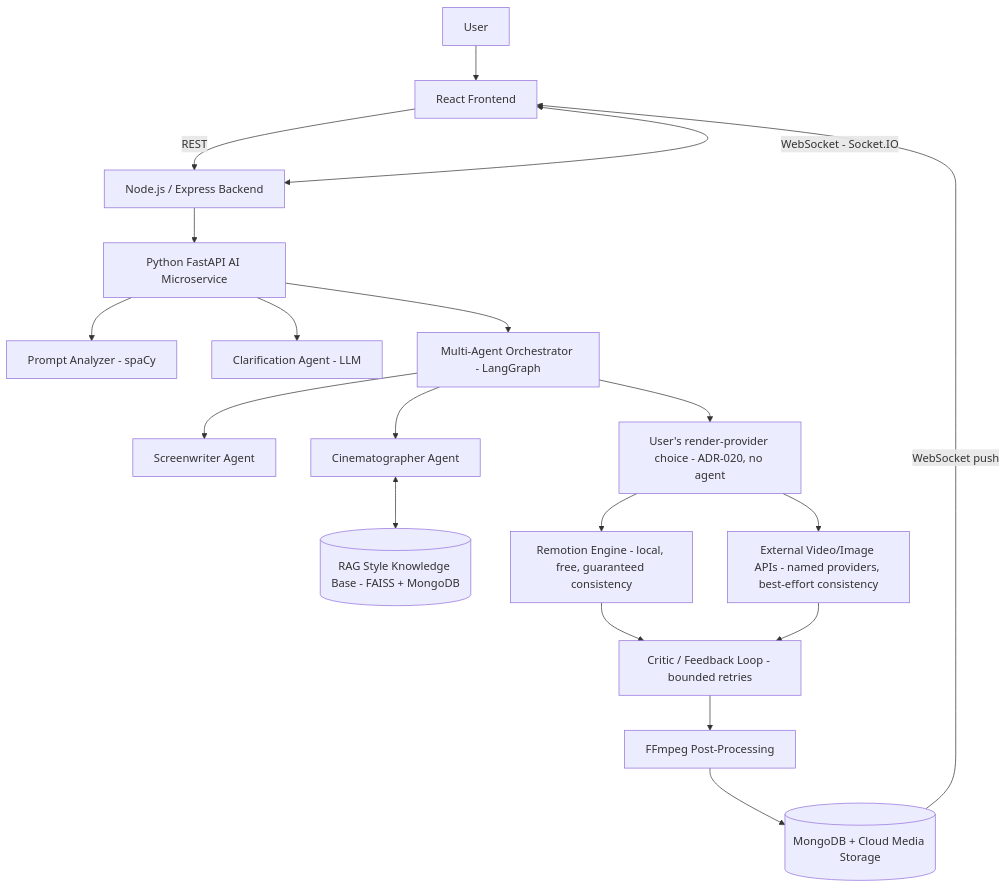
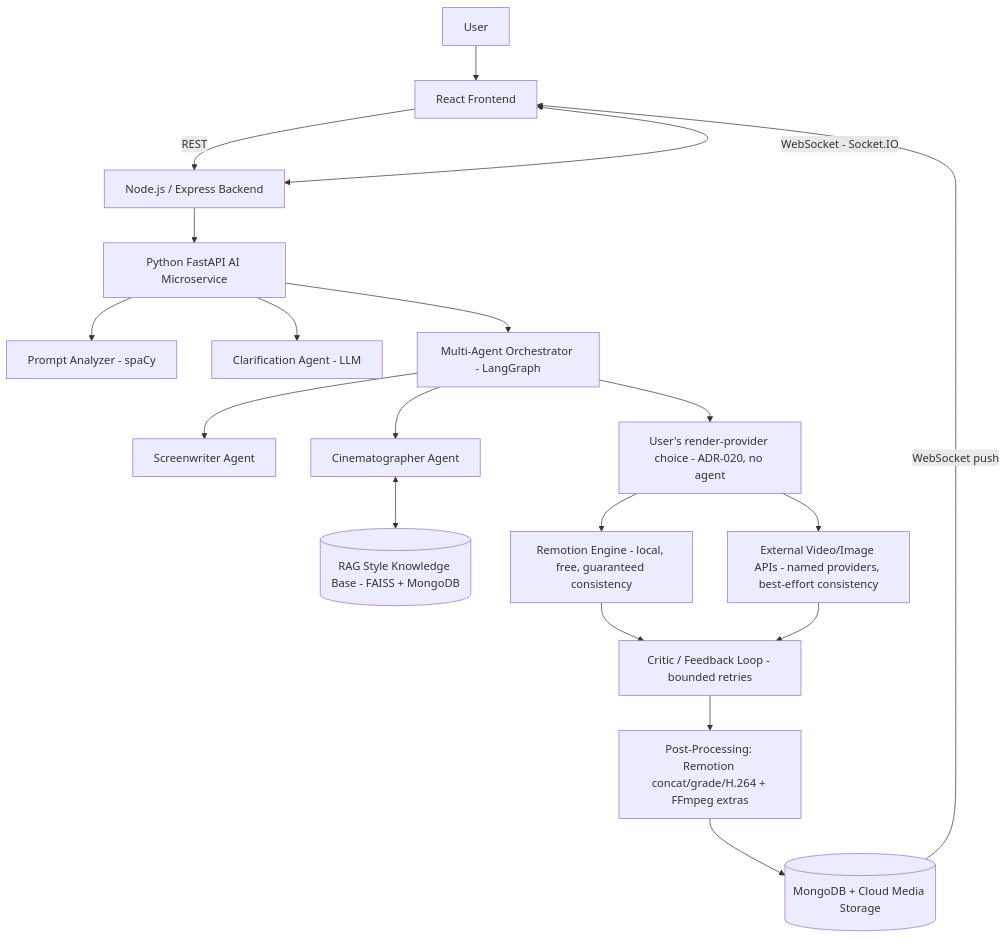
Before and after one commit to Majid580/Vidcraft: the first of 11 diagrams in PROJECT_ARCHITECTURE.md, drawn with Mermaid. The commit also changed other lines of this file and 24 other files, not shown here.

````diff
--- a/PROJECT_ARCHITECTURE.md
+++ b/PROJECT_ARCHITECTURE.md
@@ -388,22 +417,22 @@
 ```mermaid
 flowchart TD
     U[User] --> FE[React Frontend]
     FE -->|REST| BE[Node.js / Express Backend]
     FE <-->|WebSocket - Socket.IO| BE
     BE --> AI[Python FastAPI AI Microservice]
     AI --> PA[Prompt Analyzer - spaCy]
     AI --> CA[Clarification Agent - LLM]
     AI --> ORCH[Multi-Agent Orchestrator - LangGraph]
     ORCH --> SW[Screenwriter Agent]
     ORCH --> CINE[Cinematographer Agent]
     CINE <--> RAG[(RAG Style Knowledge Base - FAISS + MongoDB)]
     SEL[User's render-provider choice - ADR-020, no agent]
     ORCH --> SEL
     SEL --> REM[Remotion Engine - local, free, guaranteed consistency]
     SEL --> EXT[External Video/Image APIs - named providers, best-effort consistency]
     REM --> CRIT[Critic / Feedback Loop - bounded retries]
     EXT --> CRIT
-    CRIT --> PP[FFmpeg Post-Processing]
+    CRIT --> PP[Post-Processing: Remotion concat/grade/H.264 + FFmpeg extras]
     PP --> STORE[(MongoDB + Cloud Media Storage)]
     STORE -->|WebSocket push| FE
 ```
````
